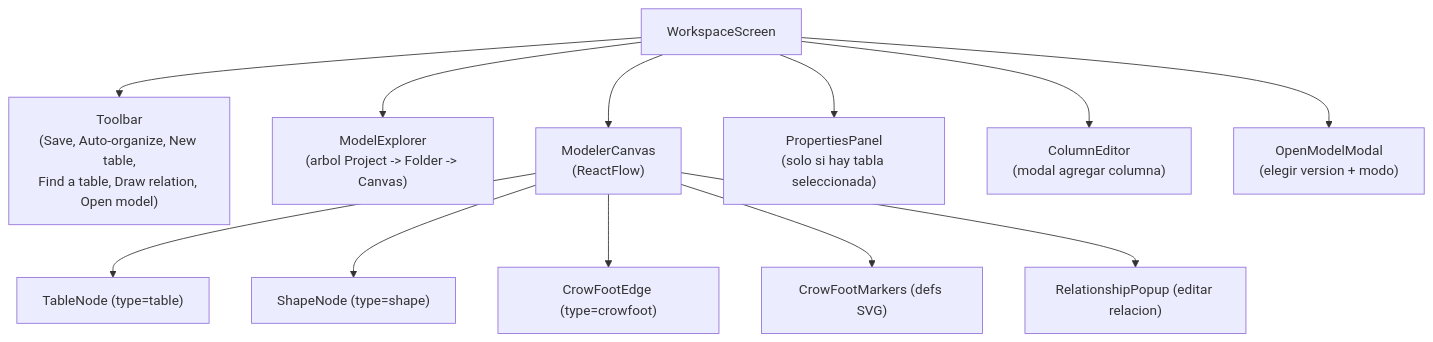
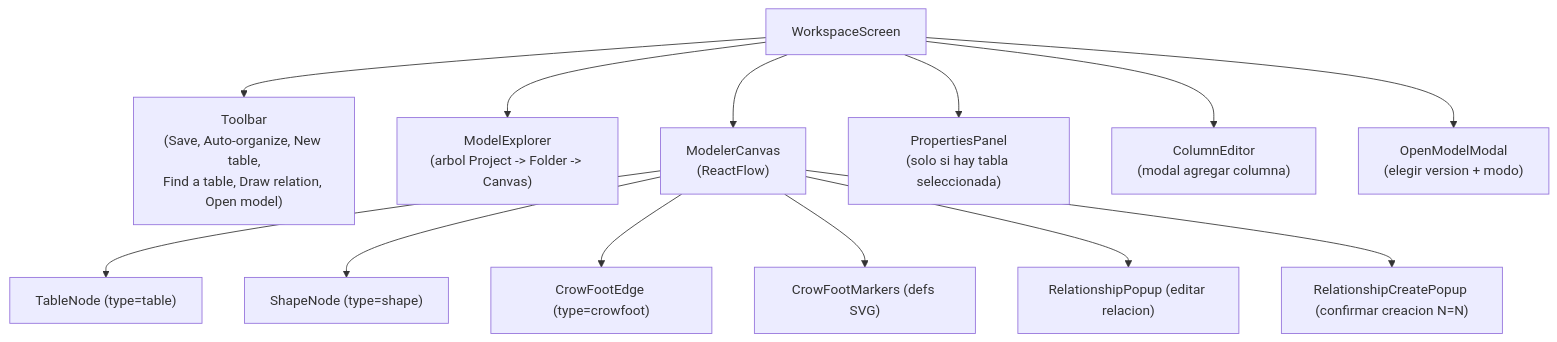
One commit to Carlosmps97/web-data-model-hub changed the third of 5 diagrams in doc/architecture.md. Above: the diagram before and after it, drawn with Mermaid. The commit also changed other lines of this file and 16 other files, not shown here.

````diff
--- a/doc/architecture.md
+++ b/doc/architecture.md
@@ -391,15 +393,16 @@
 ```mermaid
 flowchart TD
   WS["WorkspaceScreen"] --> TB["Toolbar<br/>(Save, Auto-organize, New table,<br/>Find a table, Draw relation, Open model)"]
   WS --> ME["ModelExplorer<br/>(arbol Project -> Folder -> Canvas)"]
   WS --> MC["ModelerCanvas<br/>(ReactFlow)"]
   WS --> PP["PropertiesPanel<br/>(solo si hay tabla seleccionada)"]
   WS --> CE["ColumnEditor<br/>(modal agregar columna)"]
   WS --> OM["OpenModelModal<br/>(elegir version + modo)"]
 
   MC --> TN["TableNode (type=table)"]
   MC --> SN["ShapeNode (type=shape)"]
   MC --> CF["CrowFootEdge (type=crowfoot)"]
   MC --> CM["CrowFootMarkers (defs SVG)"]
   MC --> RPop["RelationshipPopup (editar relacion)"]
+  MC --> RCre["RelationshipCreatePopup (confirmar creacion N=N)"]
 ```
````
